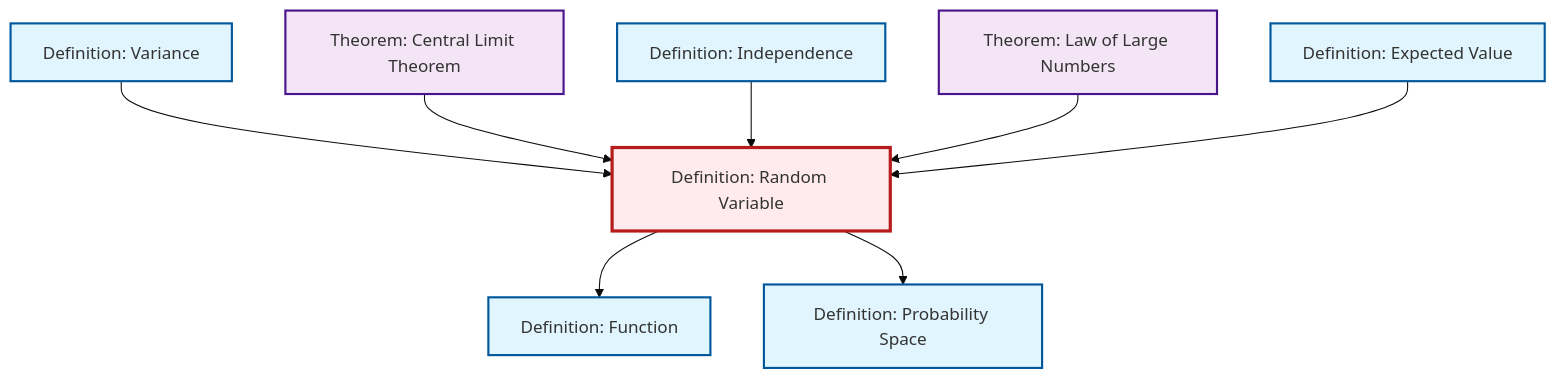
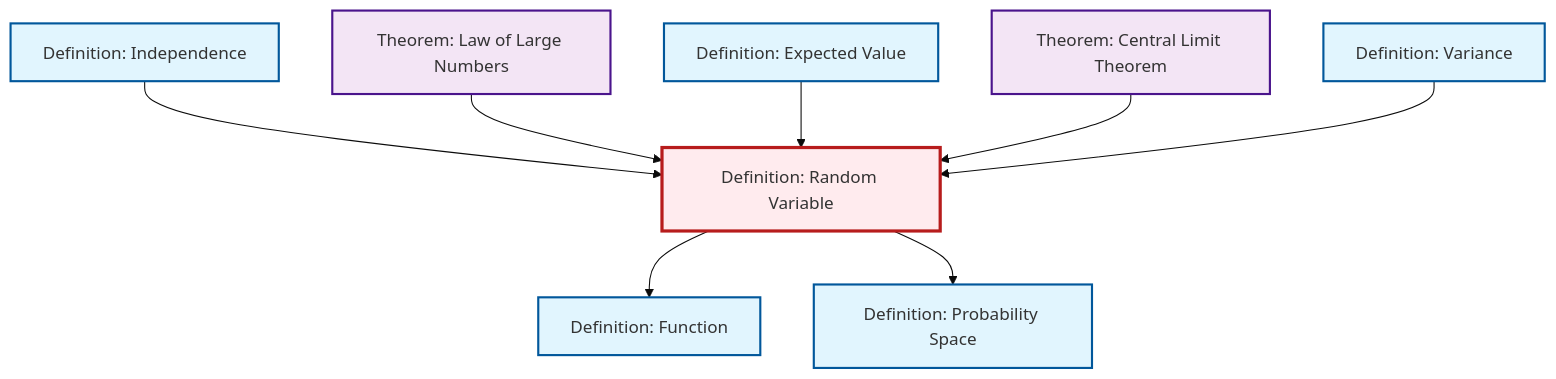
One commit to RK0429/ModernMath changed the diagram in content/en/probability-statistics/def-random-variable.qmd. Above: the diagram before and after it, drawn with Mermaid (base theme). The commit also changed other lines of this file and 597 other files, not shown here.

````diff
--- a/content/en/probability-statistics/def-random-variable.qmd
+++ b/content/en/probability-statistics/def-random-variable.qmd
@@ -48,32 +48,32 @@
 ```{mermaid}
 %%| fig-cap: "Local dependency graph"
 graph TD
     classDef definition fill:#e1f5fe,stroke:#01579b,stroke-width:2px
     classDef theorem fill:#f3e5f5,stroke:#4a148c,stroke-width:2px
     classDef axiom fill:#fff3e0,stroke:#e65100,stroke-width:2px
     classDef example fill:#e8f5e9,stroke:#1b5e20,stroke-width:2px
     classDef current fill:#ffebee,stroke:#b71c1c,stroke-width:3px
     def-probability-space["Definition: Probability Space"]:::definition
+    thm-law-of-large-numbers["Theorem: Law of Large Numbers"]:::theorem
+    def-variance["Definition: Variance"]:::definition
+    def-function["Definition: Function"]:::definition
+    def-expectation["Definition: Expected Value"]:::definition
+    def-random-variable["Definition: Random Variable"]:::definition
     def-independence["Definition: Independence"]:::definition
-    def-function["Definition: Function"]:::definition
     thm-central-limit["Theorem: Central Limit Theorem"]:::theorem
-    def-variance["Definition: Variance"]:::definition
-    def-expectation["Definition: Expected Value"]:::definition
-    thm-law-of-large-numbers["Theorem: Law of Large Numbers"]:::theorem
-    def-random-variable["Definition: Random Variable"]:::definition
-    def-variance --> def-random-variable
     def-random-variable --> def-function
-    thm-central-limit --> def-random-variable
+    def-independence --> def-random-variable
     def-random-variable --> def-probability-space
-    def-independence --> def-random-variable
     thm-law-of-large-numbers --> def-random-variable
     def-expectation --> def-random-variable
+    thm-central-limit --> def-random-variable
+    def-variance --> def-random-variable
     class def-random-variable current
     click def-probability-space "def-probability-space.html" "Go to Probability Space definition"
+    click thm-law-of-large-numbers "thm-law-of-large-numbers.html" "Go to Law of Large Numbers theorem"
+    click def-variance "def-variance.html" "Go to Variance definition"
+    click def-function "def-function.html" "Go to Function definition"
+    click def-expectation "def-expectation.html" "Go to Expected Value definition"
     click def-independence "def-independence.html" "Go to Independence definition"
-    click def-function "def-function.html" "Go to Function definition"
     click thm-central-limit "thm-central-limit.html" "Go to Central Limit Theorem theorem"
-    click def-variance "def-variance.html" "Go to Variance definition"
-    click def-expectation "def-expectation.html" "Go to Expected Value definition"
-    click thm-law-of-large-numbers "thm-law-of-large-numbers.html" "Go to Law of Large Numbers theorem"
 ```
````
